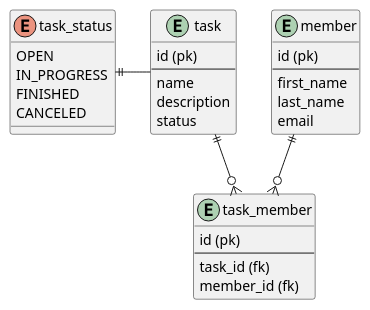
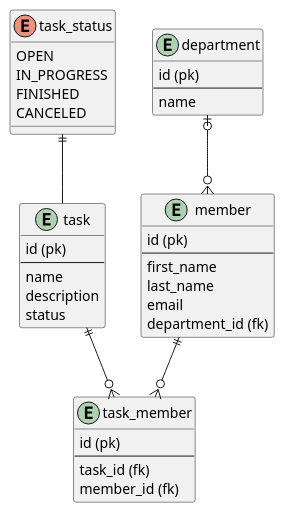
The diagram in docs/database_structure.puml (ghandeland/http-server-exam), drawn with PlantUML before and after one commit. The commit also changed 1 other file, not shown here.

Commit message:
updated plantUML for database (#33)

```diff
--- a/docs/database_structure.puml
+++ b/docs/database_structure.puml
@@ -1,36 +1,45 @@
 @startuml
 
 entity member {
     id (pk)
     ---
     first_name
     last_name
     email
+    department_id (fk)
+    }
+
+    entity department {
+    id (pk)
+    ---
+    name
     }
 
 entity task {
     id (pk)
     ---
     name
     description
     status
 }
 
 entity task_member {
     id (pk)
     --
     task_id (fk)
     member_id (fk)
 }
+
 enum task_status {
     OPEN
     IN_PROGRESS
     FINISHED
     CANCELED
     }
 
 member ||--o{ task_member
 task ||--o{ task_member
-task_status ||- task
+task_status ||-- task
+department |o--o{ member
 
 @enduml
```
